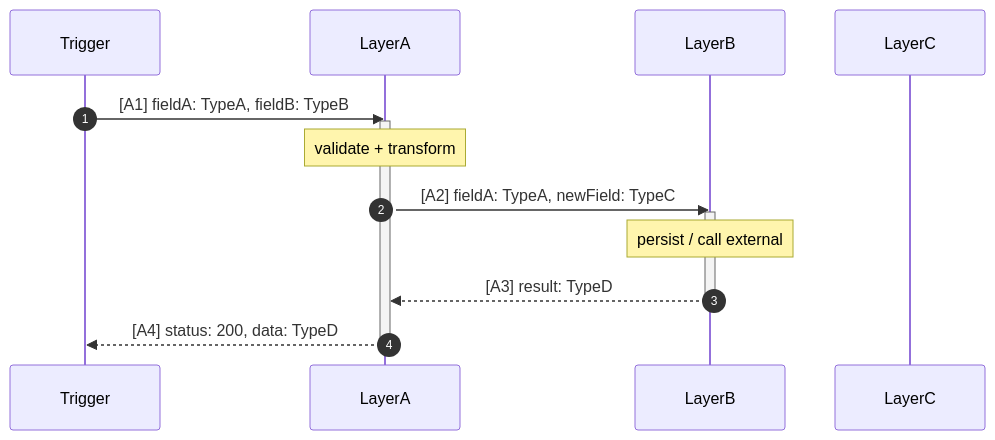
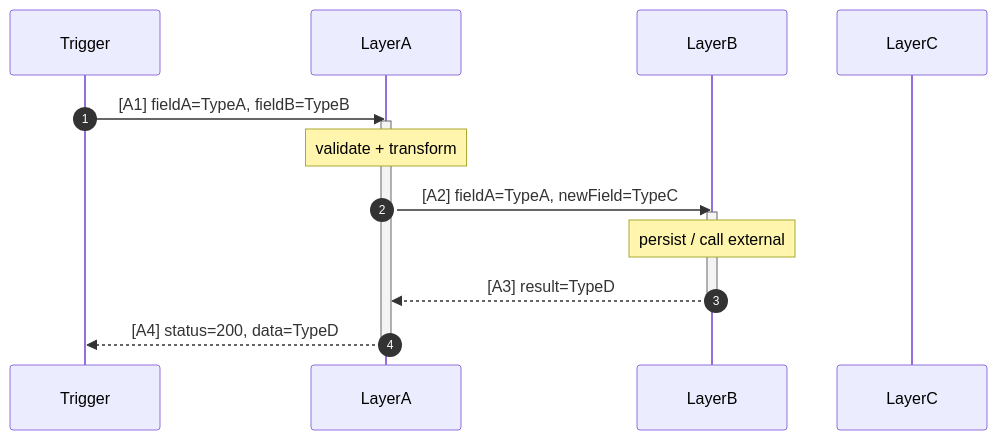
Before and after one commit to minh-lb/ai-tools: the second of 3 diagrams in generate-flow/templates/flow.template.md, drawn with Mermaid. The commit also changed other lines of this file and 5 other files, not shown here.

First line of the commit message:
refactor(generate-flow): align terminology, fix Mermaid colon rules, sync examples

````diff
--- a/generate-flow/templates/flow.template.md
+++ b/generate-flow/templates/flow.template.md
@@ -40,19 +40,19 @@
 ```mermaid
 sequenceDiagram
     autonumber
     participant Trigger
     participant LayerA
     participant LayerB
     participant LayerC
 
-    Trigger->>LayerA: [A1] fieldA: TypeA, fieldB: TypeB
+    Trigger->>LayerA: [A1] fieldA=TypeA, fieldB=TypeB
     activate LayerA
     Note over LayerA: validate + transform
-    LayerA->>LayerB: [A2] fieldA: TypeA, newField: TypeC
+    LayerA->>LayerB: [A2] fieldA=TypeA, newField=TypeC
     activate LayerB
     Note over LayerB: persist / call external
-    LayerB-->>LayerA: [A3] result: TypeD
+    LayerB-->>LayerA: [A3] result=TypeD
     deactivate LayerB
-    LayerA-->>Trigger: [A4] status: 200, data: TypeD
+    LayerA-->>Trigger: [A4] status=200, data=TypeD
     deactivate LayerA
 ```
````
